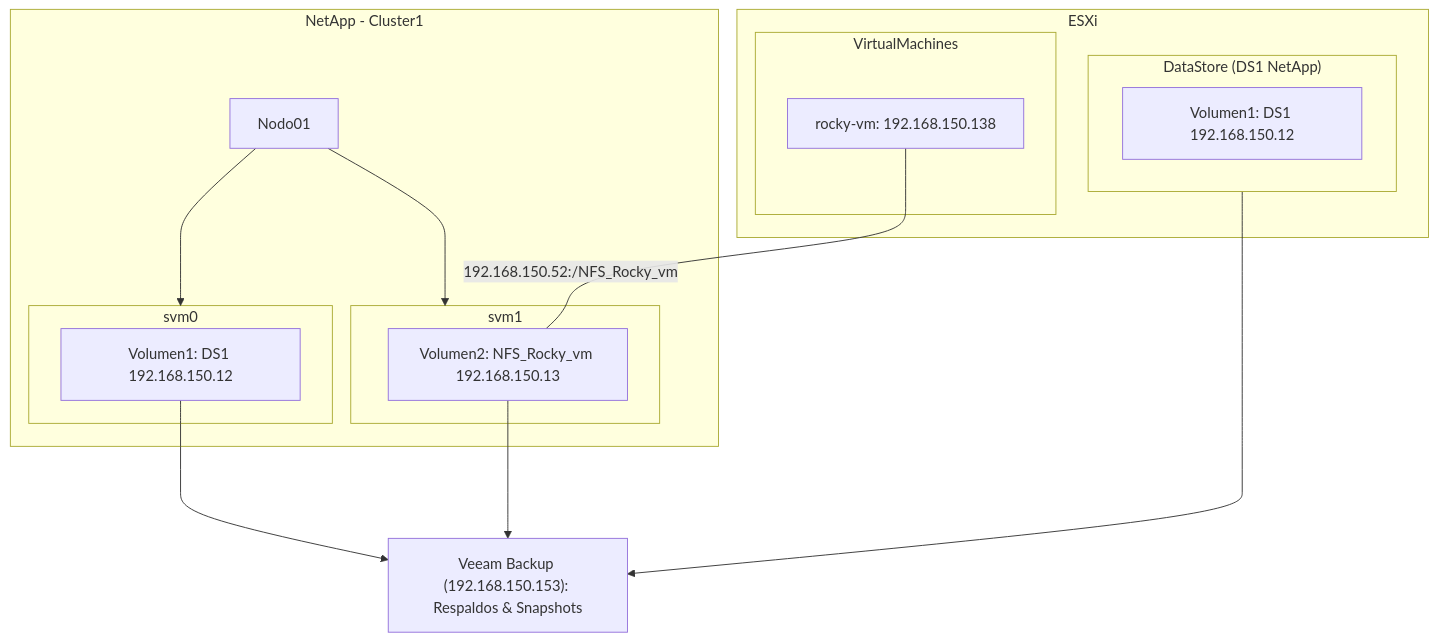
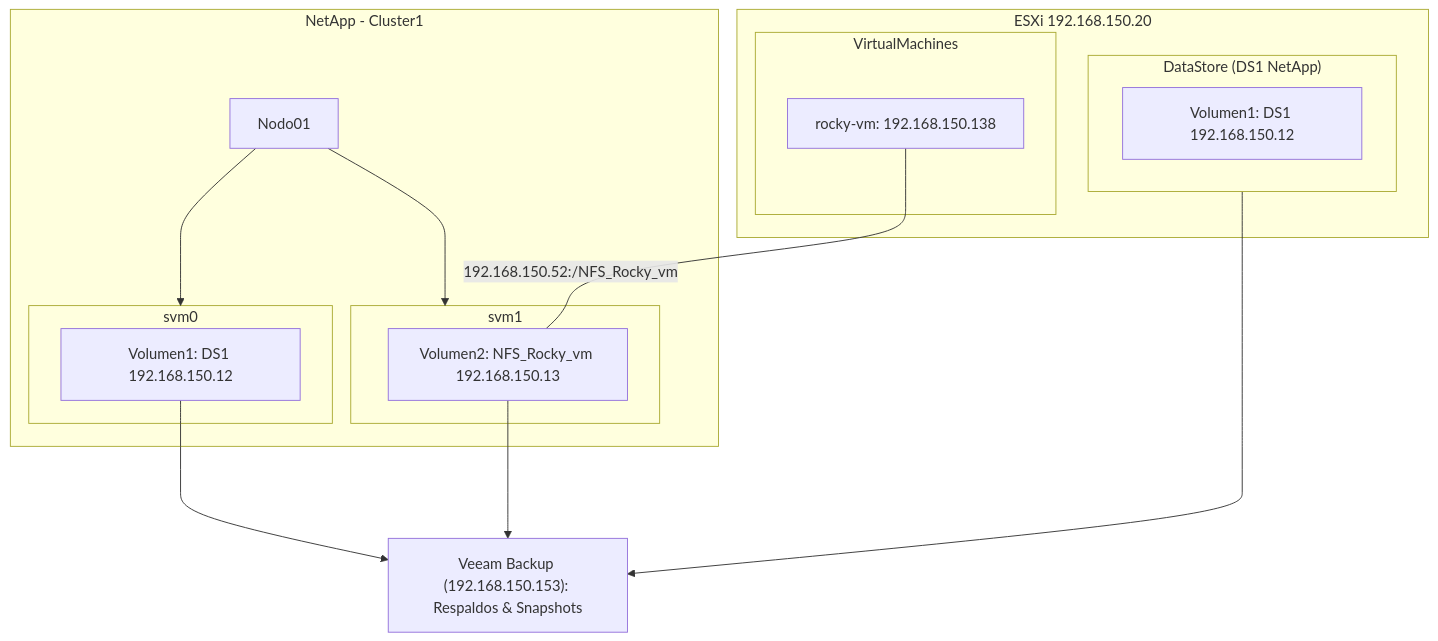
Before and after one commit to keaguirre/Notebook: the diagram in Respaldo&Recuperacion.md, drawn with Mermaid.

````diff
--- a/Respaldo&Recuperacion.md
+++ b/Respaldo&Recuperacion.md
@@ -195,30 +195,30 @@
 ```mermaid
 graph TD
     subgraph NetApp_Cluster1 ["NetApp - Cluster1"]
         Nodo01["Nodo01"]
         subgraph svm0 ["svm0"]
             DS1["Volumen1: DS1 192.168.150.12"]
         end
         subgraph svm1 ["svm1"]
             NFS_Rocky_vm["Volumen2: NFS_Rocky_vm 192.168.150.13"]
         end
         Nodo01 --> svm0
         Nodo01 --> svm1
     end
 
-    subgraph ESXi ["ESXi"]
+    subgraph ESXi ["ESXi 192.168.150.20"]
         subgraph DataStore ["DataStore (DS1 NetApp)"]
             DataStore1["Volumen1: DS1 192.168.150.12"]
         end
         subgraph VirtualMachines ["VirtualMachines"]
             rocky_vm["rocky-vm: 192.168.150.138"]
         end
     end
 
     VeeamBackup["Veeam Backup (192.168.150.153): Respaldos & Snapshots"]
 
     rocky_vm ---|192.168.150.52:/NFS_Rocky_vm| NFS_Rocky_vm
     DS1 ---> VeeamBackup
     NFS_Rocky_vm ---> VeeamBackup
     DataStore -->  VeeamBackup
 ```
````
